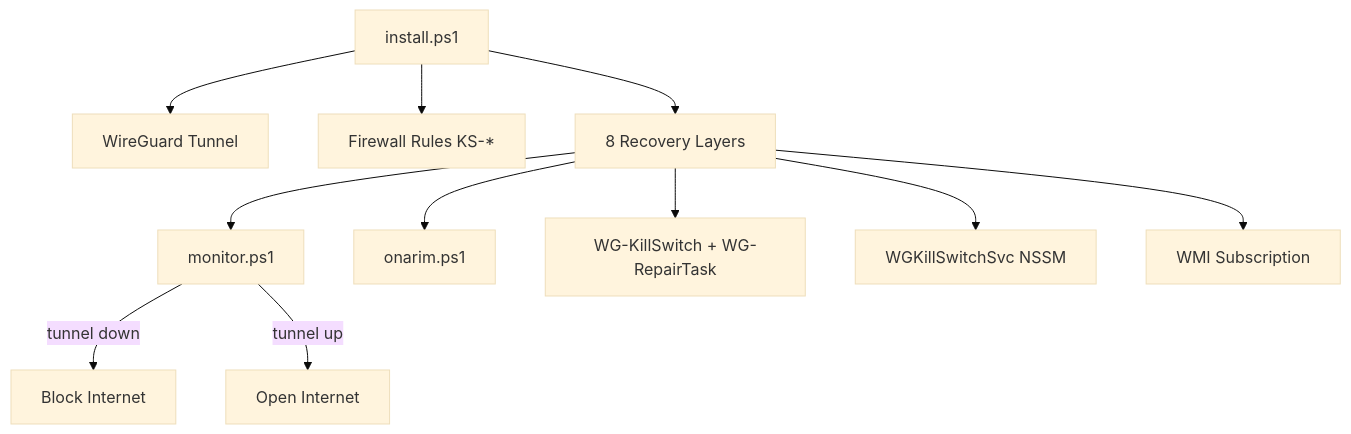
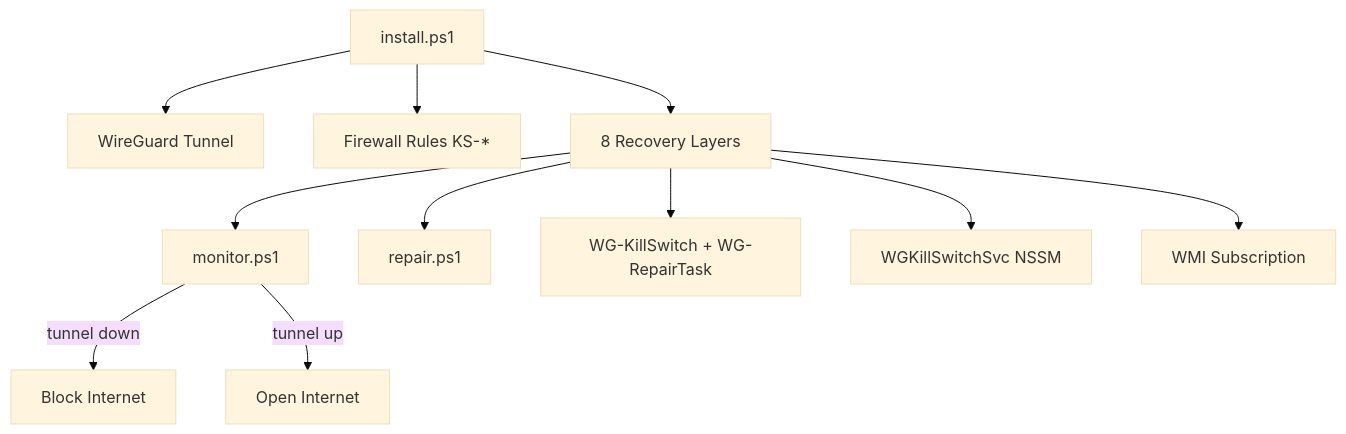
The diagram in README.md (ryderlacin-pixel/Windows-WireGuard-KillSwitch), drawn with Mermaid (base theme) before and after one commit. The commit also changed other lines of this file and 3 other files, not shown here.

````diff
--- a/README.md
+++ b/README.md
@@ -21,13 +21,13 @@
 ```mermaid
 flowchart TB
   install["install.ps1"] --> tunnel["WireGuard Tunnel"]
   install --> firewall["Firewall Rules KS-*"]
   install --> layers["8 Recovery Layers"]
   layers --> monitor["monitor.ps1"]
-  layers --> repair["onarim.ps1"]
+  layers --> repair["repair.ps1"]
   layers --> tasks["WG-KillSwitch + WG-RepairTask"]
   layers --> svc["WGKillSwitchSvc NSSM"]
   layers --> wmi["WMI Subscription"]
   monitor -->|"tunnel down"| block["Block Internet"]
   monitor -->|"tunnel up"| open["Open Internet"]
 ```
````
